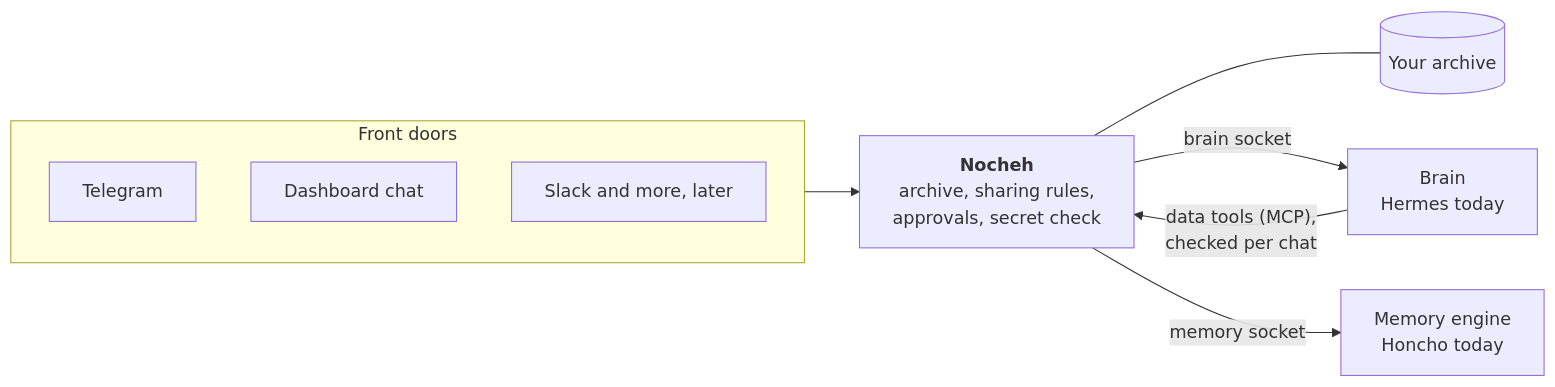
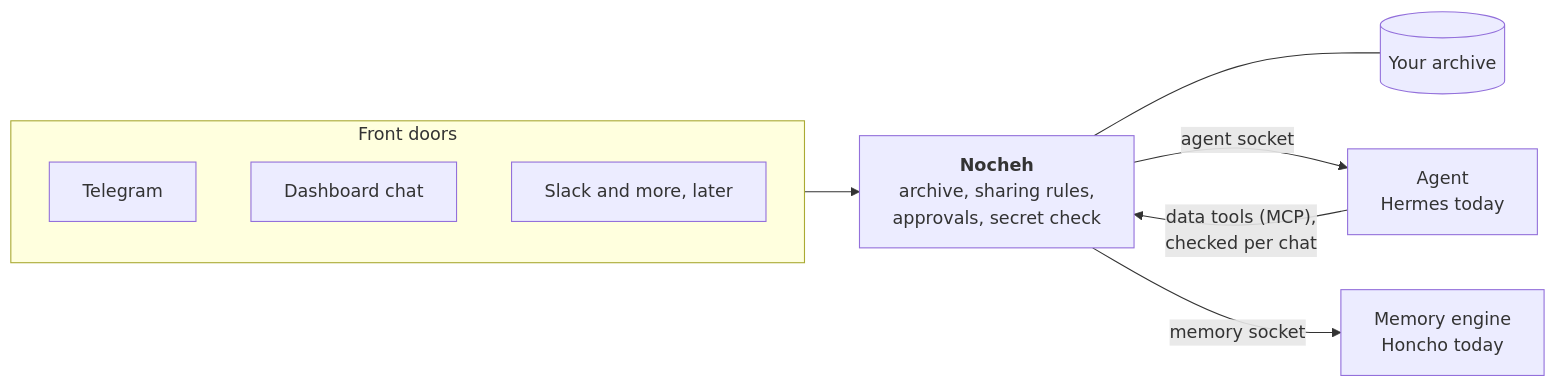
Before and after one commit to PlaygrndLabs/nocheh: the first of 3 diagrams in README.md, drawn with Mermaid. The commit also changed other lines of this file and 206 other files, not shown here.

First line of the commit message:
refactor: call the brain the agent everywhere

````diff
--- a/README.md
+++ b/README.md
@@ -14,13 +14,13 @@
 ```mermaid
 flowchart LR
   subgraph doors["Front doors"]
     TG["Telegram"]
     WEB["Dashboard chat"]
     NEXT["Slack and more, later"]
   end
   doors --> CORE["<b>Nocheh</b><br/>archive, sharing rules,<br/>approvals, secret check"]
   CORE --- ARCH[("Your archive")]
-  CORE -- "brain socket" --> BRAIN["Brain<br/>Hermes today"]
-  BRAIN -- "data tools (MCP),<br/>checked per chat" --> CORE
+  CORE -- "agent socket" --> AGENT["Agent<br/>Hermes today"]
+  AGENT -- "data tools (MCP),<br/>checked per chat" --> CORE
   CORE -- "memory socket" --> MEM["Memory engine<br/>Honcho today"]
 ```
````
